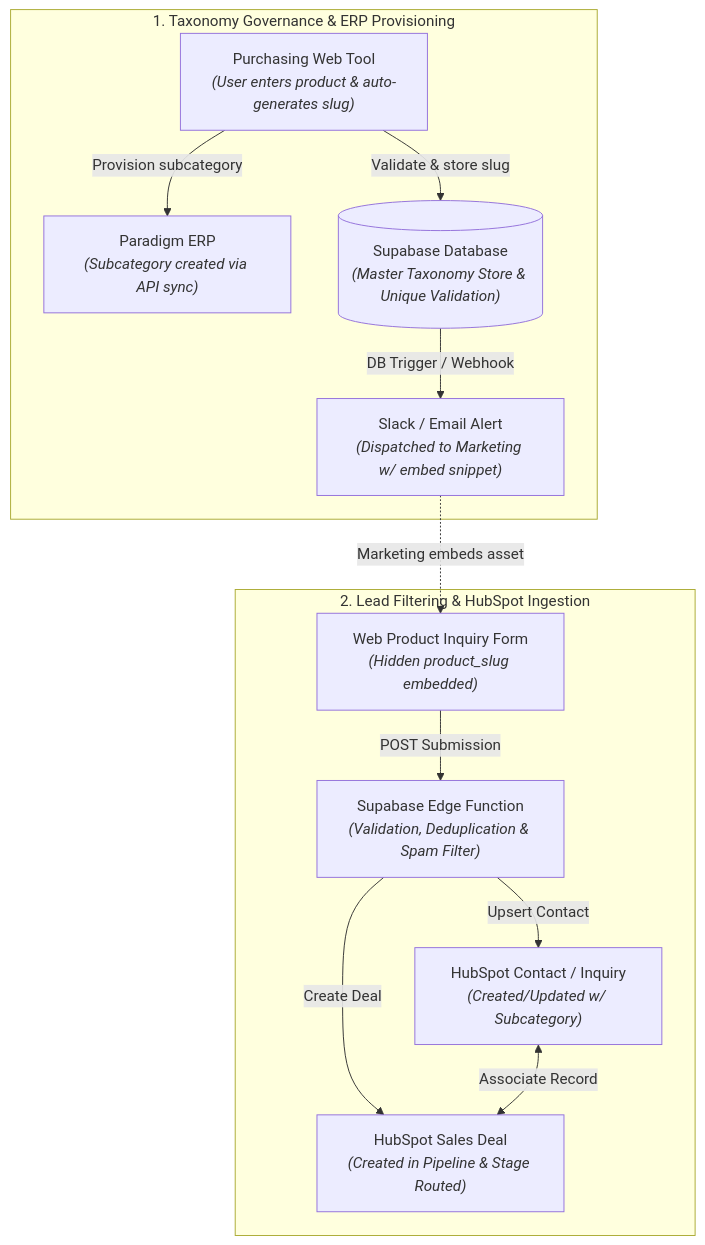
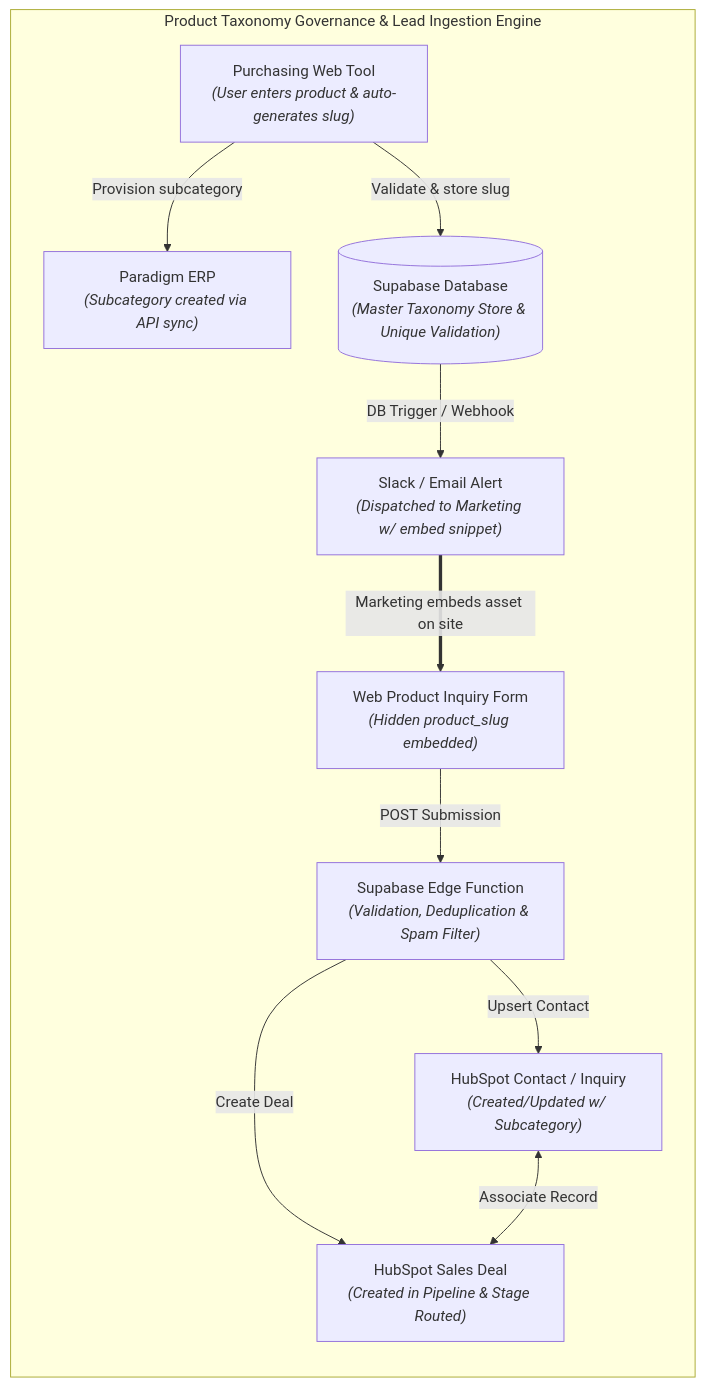
The diagram in README.md (BestBuyMetalsDev01/Product-Slug-Manager), drawn with Mermaid before and after one commit.

Commit message:
Unify architecture diagram into a seamless single container

````diff
--- a/README.md
+++ b/README.md
@@ -22,26 +22,30 @@
 ```mermaid
 flowchart TD
-    subgraph Taxonomy_Creation["1. Taxonomy Governance & ERP Provisioning"]
+    subgraph Engine ["Product Taxonomy Governance & Lead Ingestion Engine"]
+        direction TB
+
+        %% Phase 1: Taxonomy Governance
         A["Purchasing Web Tool<br/><i>(User enters product & auto-generates slug)</i>"]
         B["Paradigm ERP<br/><i>(Subcategory created via API sync)</i>"]
         C[("Supabase Database<br/><i>(Master Taxonomy Store & Unique Validation)</i>")]
         D["Slack / Email Alert<br/><i>(Dispatched to Marketing w/ embed snippet)</i>"]
-        
+
         A -->|Provision subcategory| B
         A -->|Validate & store slug| C
         C -->|DB Trigger / Webhook| D
-    end
 
-    subgraph Inquiry_Ingestion["2. Lead Filtering & HubSpot Ingestion"]
+        %% Bridge
+        D ==>|Marketing embeds asset on site| E
+
+        %% Phase 2: Inquiry Ingestion & CRM Routing
         E["Web Product Inquiry Form<br/><i>(Hidden product_slug embedded)</i>"]
         F["Supabase Edge Function<br/><i>(Validation, Deduplication & Spam Filter)</i>"]
         G["HubSpot Contact / Inquiry<br/><i>(Created/Updated w/ Subcategory)</i>"]
         H["HubSpot Sales Deal<br/><i>(Created in Pipeline & Stage Routed)</i>"]
-        
-        D -.->|Marketing embeds asset| E
+
         E -->|POST Submission| F
         F -->|Upsert Contact| G
         F -->|Create Deal| H
         G <-->|Associate Record| H
     end
 ```
````
